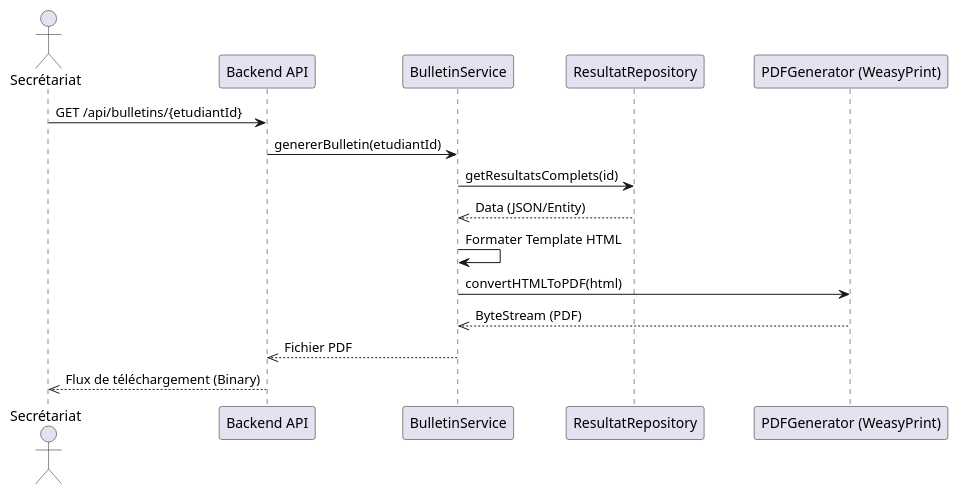
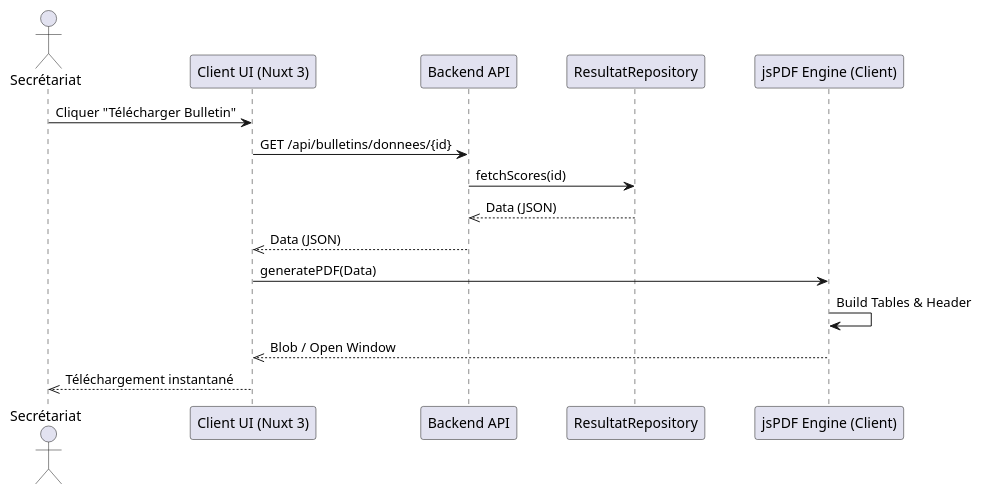
One commit to taigerdev45/bull changed the diagram in docs/uml/uml2/sequence_bulletin.puml. Above: the diagram before and after it, drawn with PlantUML. The commit also changed 2 other files, not shown here.

Commit message:
Docs: Update project memory (Recap) and PUML diagrams (v2.5)

```diff
--- a/docs/uml/uml2/sequence_bulletin.puml
+++ b/docs/uml/uml2/sequence_bulletin.puml
@@ -1,21 +1,20 @@
 @startuml SequenceBulletin
 skinparam participantPadding 20
 
 actor "Secrétariat" as S
+participant "Client UI (Nuxt 3)" as UI
 participant "Backend API" as B
-participant "BulletinService" as SVC
 participant "ResultatRepository" as REP
-participant "PDFGenerator (WeasyPrint)" as GEN
+participant "jsPDF Engine (Client)" as GEN
 
-S -> B : GET /api/bulletins/{etudiantId}
-B -> SVC : genererBulletin(etudiantId)
-SVC -> REP : getResultatsComplets(id)
-REP -->> SVC : Data (JSON/Entity)
+S -> UI : Cliquer "Télécharger Bulletin"
+UI -> B : GET /api/bulletins/donnees/{id}
+B -> REP : fetchScores(id)
+REP -->> B : Data (JSON)
+B -->> UI : Data (JSON)
 
-SVC -> SVC : Formater Template HTML
-SVC -> GEN : convertHTMLToPDF(html)
-GEN -->> SVC : ByteStream (PDF)
-
-SVC -->> B : Fichier PDF
-B -->> S : Flux de téléchargement (Binary)
+UI -> GEN : generatePDF(Data)
+GEN -> GEN : Build Tables & Header
+GEN -->> UI : Blob / Open Window
+UI -->> S : Téléchargement instantané
 @enduml
```
